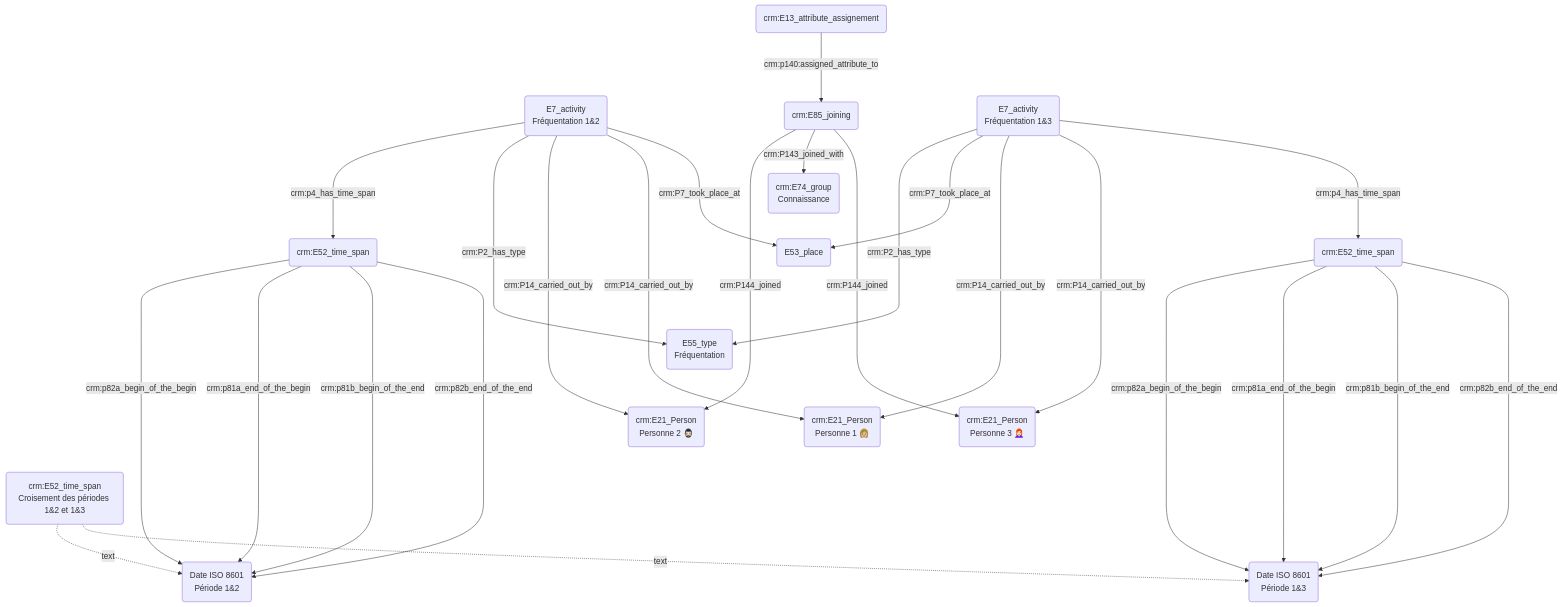
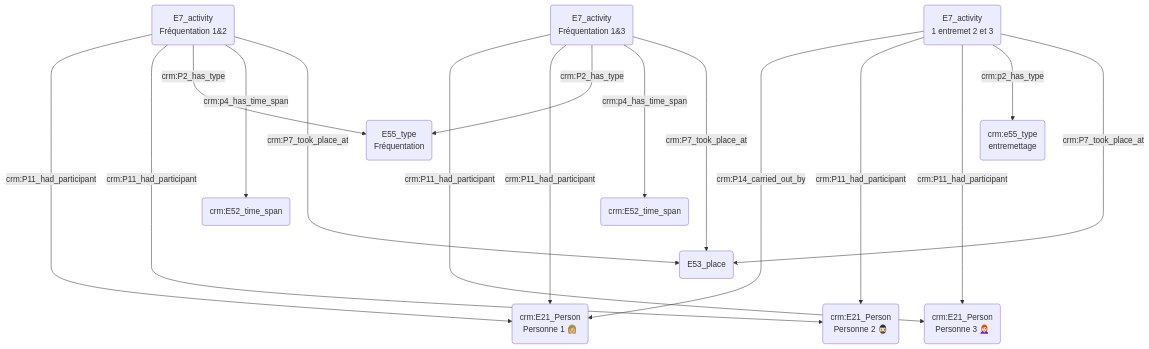
The third of 3 diagrams in modules/prosopographie/index.md (Amleth/consortium-musica2-gt2-ontologies), drawn with Mermaid before and after one commit. The commit also changed other lines of this file, not shown here.

````diff
--- a/modules/prosopographie/index.md
+++ b/modules/prosopographie/index.md
@@ -44,37 +44,24 @@
 ```mermaid
 graph TD;
 
-B(E7_activity<br>Fréquentation 1&2) ---> |crm:p4_has_time_span| I(crm:E52_time_span)
-B(E7_activity<br>Fréquentation 1&2) ----->|crm:P2_has_type| F(E55_type<br>Fréquentation)
 
-G(crm:E85_joining) ------>|crm:P144_joined| C("crm:E21_Person<br>Personne 2 🧔🏻‍♂️")
-G(crm:E85_joining) -->|crm:P143_joined_with| H(crm:E74_group<br>Connaissance)
-G(crm:E85_joining) ------>|crm:P144_joined| E("crm:E21_Person<br>Personne 3 👩🏻‍🦰")
+O(E7_activity<br>1 entremet 2 et 3) ------>|crm:P14_carried_out_by| A("crm:E21_Person<br>Personne 1 👩🏼")
+O(E7_activity<br>1 entremet 2 et 3) ------>|crm:P11_had_participant| C("crm:E21_Person<br>Personne 2 🧔🏻‍♂️")
+O(E7_activity<br>1 entremet 2 et 3) ------>|crm:P11_had_participant| E("crm:E21_Person<br>Personne 3 👩🏻‍🦰")
+D(E7_activity<br>Fréquentation 1&3) ------>|crm:P11_had_participant| E("crm:E21_Person<br>Personne 3 👩🏻‍🦰")
+B(E7_activity<br>Fréquentation 1&2) ------>|crm:P11_had_participant| A("crm:E21_Person<br>Personne 1 👩🏼")
+D(E7_activity<br>Fréquentation 1&3) ------>|crm:P11_had_participant| A("crm:E21_Person<br>Personne 1 👩🏼")
+B(E7_activity<br>Fréquentation 1&2) ------>|crm:P11_had_participant| C("crm:E21_Person<br>Personne 2 🧔🏻‍♂️")
 
-O(crm:E13_attribute_assignement) --->|crm:p140:assigned_attribute_to| G(crm:E85_joining)
+B(E7_activity<br>Fréquentation 1&2) --->|crm:P2_has_type| F(E55_type<br>Fréquentation)
+D(E7_activity<br>Fréquentation 1&3) --->|crm:P2_has_type| F(E55_type<br>Fréquentation)
+O(E7_activity<br>1 entremet 2 et 3) ---> |crm:p2_has_type| P(crm:e55_type<br>entremettage)
 
-D(E7_activity<br>Fréquentation 1&3) -->|crm:P2_has_type| F(E55_type<br>Fréquentation)
+B(E7_activity<br>Fréquentation 1&2) ----> |crm:p4_has_time_span| I(crm:E52_time_span)
+D(E7_activity<br>Fréquentation 1&3) ----> |crm:p4_has_time_span| N(crm:E52_time_span)
 
-B(E7_activity<br>Fréquentation 1&2) ------>|crm:P14_carried_out_by| C("crm:E21_Person<br>Personne 2 🧔🏻‍♂️")
-B(E7_activity<br>Fréquentation 1&2) ---->|crm:P14_carried_out_by| A("crm:E21_Person<br>Personne 1 👩🏼")
-D(E7_activity<br>Fréquentation 1&3) --->|crm:P7_took_place_at| M(E53_place)
-B(E7_activity<br>Fréquentation 1&2) --->|crm:P7_took_place_at| M(E53_place)
-D(E7_activity<br>Fréquentation 1&3) ------>|crm:P14_carried_out_by| A("crm:E21_Person<br>Personne 1 👩🏼")
-D(E7_activity<br>Fréquentation 1&3) ------>|crm:P14_carried_out_by| E("crm:E21_Person<br>Personne 3 👩🏻‍🦰")
-
-D(E7_activity<br>Fréquentation 1&3) ---> |crm:p4_has_time_span| N(crm:E52_time_span)
-
-I(crm:E52_time_span) ------> |crm:p82a_begin_of_the_begin| S("Date ISO 8601<br>Période 1&2")
-I(crm:E52_time_span) ------> |crm:p81a_end_of_the_begin| S("Date ISO 8601<br>Période 1&2")
-I(crm:E52_time_span) ------> |crm:p81b_begin_of_the_end|S("Date ISO 8601<br>Période 1&2")
-I(crm:E52_time_span) ------> |crm:p82b_end_of_the_end| S("Date ISO 8601<br>Période 1&2")
-
-N(crm:E52_time_span) ------> |crm:p82a_begin_of_the_begin| T("Date ISO 8601<br>Période 1&3")
-N(crm:E52_time_span) ------> |crm:p81a_end_of_the_begin| T("Date ISO 8601<br>Période 1&3")
-N(crm:E52_time_span) ------> |crm:p81b_begin_of_the_end|T("Date ISO 8601<br>Période 1&3")
-N(crm:E52_time_span) ------> |crm:p82b_end_of_the_end| T("Date ISO 8601<br>Période 1&3")
-
-U(crm:E52_time_span<br>Croisement des périodes 1&2 et 1&3)-. text .-> S("Date ISO 8601<br>Période 1&2")
-U(crm:E52_time_span<br>Croisement des périodes 1&2 et 1&3)-. text .-> T("Date ISO 8601<br>Période 1&3")
+D(E7_activity<br>Fréquentation 1&3) ----->|crm:P7_took_place_at| M(E53_place)
+B(E7_activity<br>Fréquentation 1&2) ----->|crm:P7_took_place_at| M(E53_place)
+O(E7_activity<br>1 entremet 2 et 3) -----> |crm:P7_took_place_at| M(E53_place)
 
 ```
````
